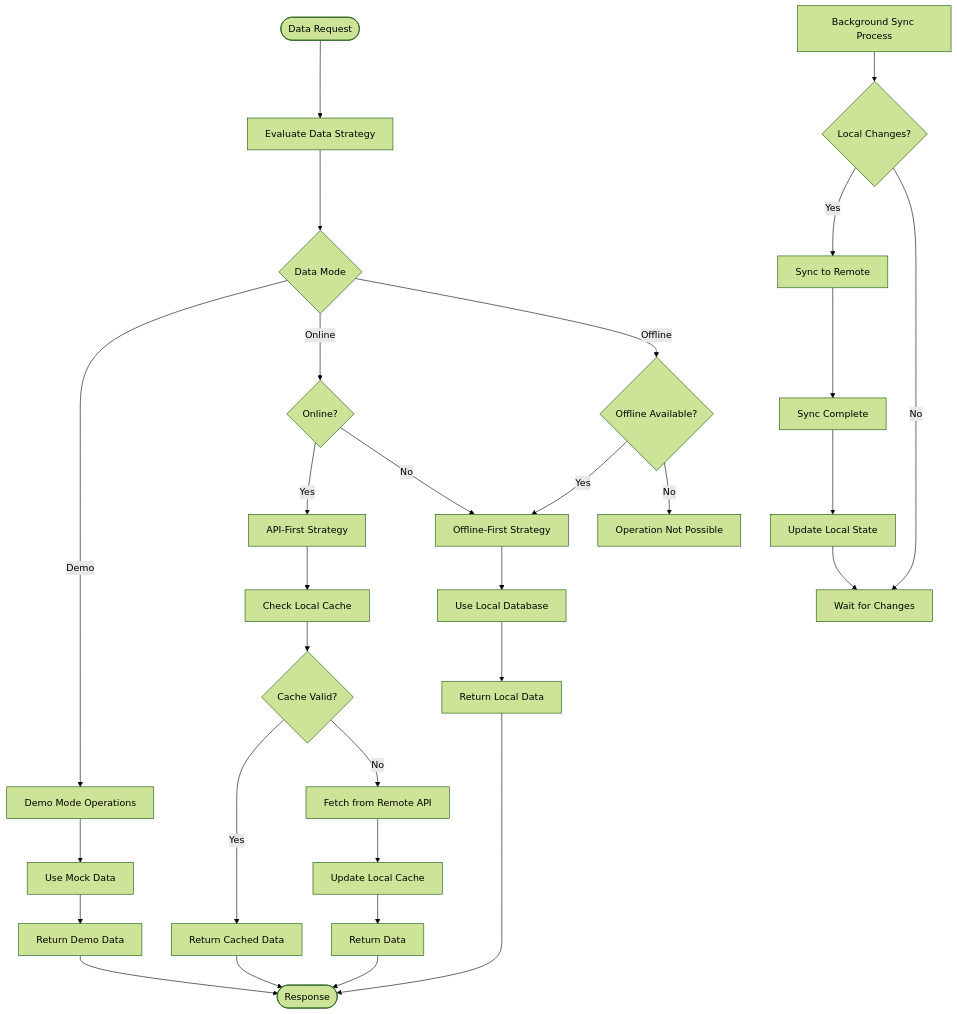
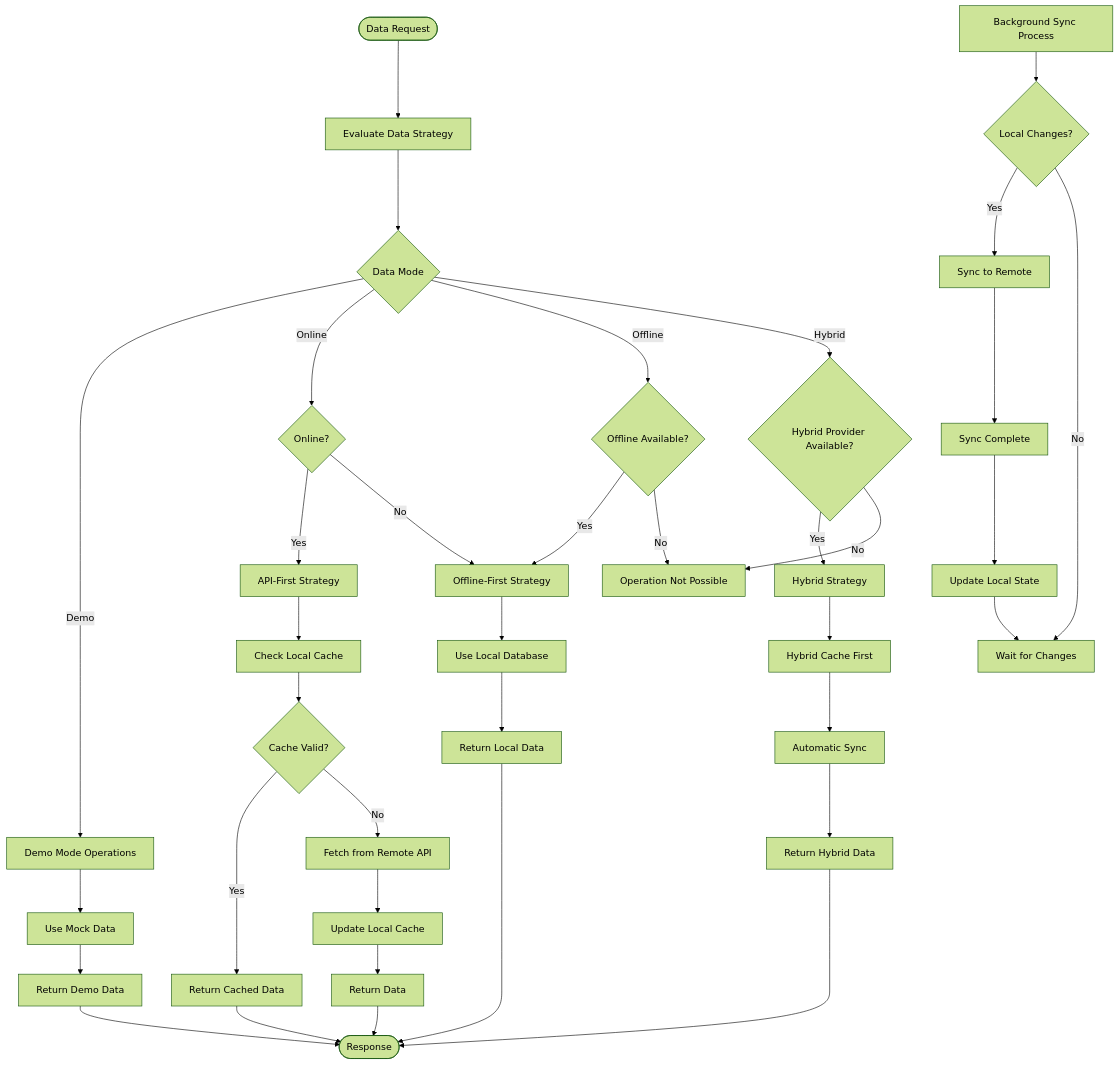
The third of 16 diagrams in .qoder/repowiki/en/content/Architecture Overview/Data Management Architecture/Data Management Architecture.md (geniusdynamics/schoolpilot), drawn with Mermaid (forest theme) before and after one commit. The commit also changed other lines of this file and 8 other files, not shown here.

````diff
--- a/.qoder/repowiki/en/content/Architecture Overview/Data Management Architecture/Data Management Architecture.md
+++ b/.qoder/repowiki/en/content/Architecture Overview/Data Management Architecture/Data Management Architecture.md
@@ -150,32 +241,39 @@
 ```mermaid
 flowchart TD
 Start([Data Request]) --> StrategyEvaluation["Evaluate Data Strategy"]
 StrategyEvaluation --> ModeCheck{"Data Mode"}
 ModeCheck --> |Demo| DemoMode["Demo Mode Operations"]
 ModeCheck --> |Online| OnlineCheck{"Online?"}
 ModeCheck --> |Offline| OfflineCheck{"Offline Available?"}
+ModeCheck --> |Hybrid| HybridCheck{"Hybrid Provider Available?"}
 OnlineCheck --> |Yes| ApiFirst["API-First Strategy"]
 OnlineCheck --> |No| OfflineFirst["Offline-First Strategy"]
 OfflineCheck --> |Yes| OfflineFirst
 OfflineCheck --> |No| Error["Operation Not Possible"]
+HybridCheck --> |Yes| HybridStrategy["Hybrid Strategy"]
+HybridCheck --> |No| Error
 ApiFirst --> CacheCheck["Check Local Cache"]
 CacheCheck --> CacheValid{"Cache Valid?"}
 CacheValid --> |Yes| ReturnCached["Return Cached Data"]
 CacheValid --> |No| FetchRemote["Fetch from Remote API"]
 FetchRemote --> UpdateCache["Update Local Cache"]
 UpdateCache --> ReturnData["Return Data"]
 OfflineFirst --> LocalStorage["Use Local Database"]
 LocalStorage --> ReturnLocal["Return Local Data"]
+HybridStrategy --> HybridCache["Hybrid Cache First"]
+HybridCache --> HybridSync["Automatic Sync"]
+HybridSync --> ReturnHybrid["Return Hybrid Data"]
 ReturnCached --> End([Response])
 ReturnData --> End
 ReturnLocal --> End
+ReturnHybrid --> End
 DemoMode --> MockStorage["Use Mock Data"]
 MockStorage --> ReturnDemo["Return Demo Data"]
 ReturnDemo --> End
 SyncProcess["Background Sync Process"] --> HasChanges{"Local Changes?"}
 HasChanges --> |Yes| SyncToRemote["Sync to Remote"]
 HasChanges --> |No| Wait["Wait for Changes"]
 SyncToRemote --> SyncComplete["Sync Complete"]
 SyncComplete --> UpdateLocal["Update Local State"]
 UpdateLocal --> Wait
 ```
````
